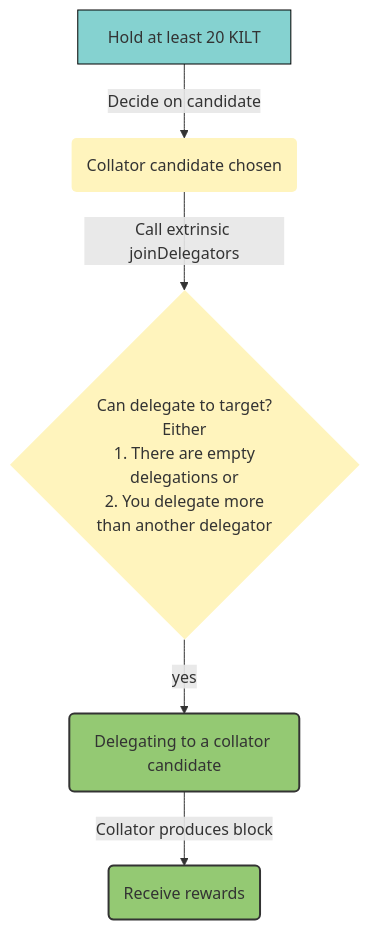
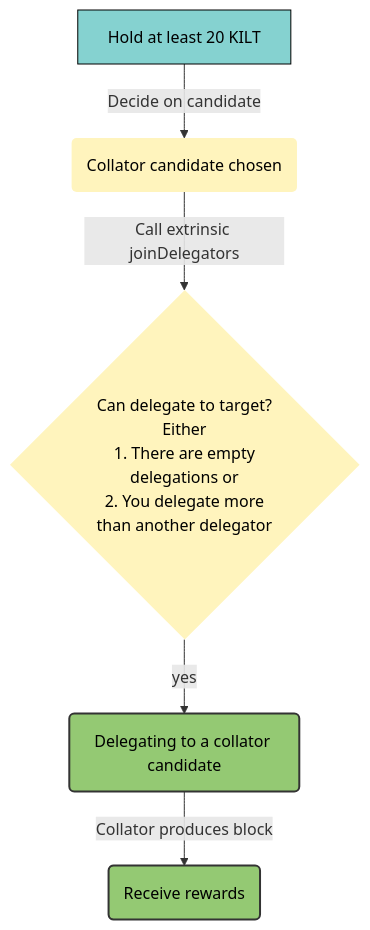
The first of 2 diagrams in docs/participate/01_staking/03_delegate/02_become.md (KILTprotocol/docs), drawn with Mermaid before and after one commit. The commit also changed other lines of this file and 8 other files, not shown here.

First line of the commit message:
update docusaurus & remove mermaid

````diff
--- a/docs/participate/01_staking/03_delegate/02_become.md
+++ b/docs/participate/01_staking/03_delegate/02_become.md
@@ -37,20 +37,21 @@
 ```mermaid
 flowchart TD
    A["Hold at least 20 KILT"] --> |"Decide on candidate"| B("Collator candidate chosen");
    B --> |"Call extrinsic joinDelegators"| C{"Can delegate to target? \n Either \n 1. There are empty \n delegations or \n 2. You delegate more \n than another delegator"};
    C --> |yes| D("Delegating to a collator candidate")
    D --> |"Collator produces block"| E("Receive rewards")
+
     %% Styles
     A:::unstakedFreeKilt
     B:::preDelegationCheck
     C:::preDelegationCheck
     D:::activelyDelegating
     E:::activelyDelegating
-    
+
     %% StyleDef
-    classDef preDelegationCheck fill:#FFF4BD,stroke:none;
-    classDef notDelegating fill:#F1C0B9, stroke:black, stroke-width:1px;;
-    classDef unstakedFreeKilt fill:#85D2D0,stroke:black, stroke-width:1px;
-    classDef activelyDelegating fill:#94C973,stroke:#333, stroke-width:2px;
-    classDef preUnlockStaked fill:#F37970, stroke:black;
+    classDef preDelegationCheck fill:#FFF4BD, stroke:none, color:black;
+    classDef notDelegating fill:#F1C0B9, stroke:black, color:black, stroke-width:1px;;
+    classDef unstakedFreeKilt fill:#85D2D0, stroke:black, color:black, stroke-width:1px;
+    classDef activelyDelegating fill:#94C973, stroke:#333, color:black, stroke-width:2px;
+    classDef preUnlockStaked fill:#F37970, stroke:black, color:black;
 ```
````
